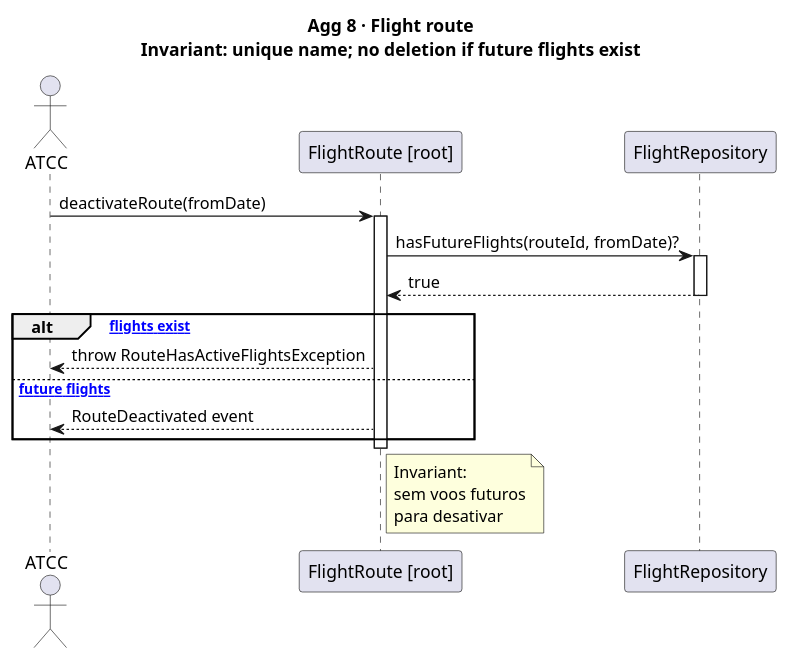
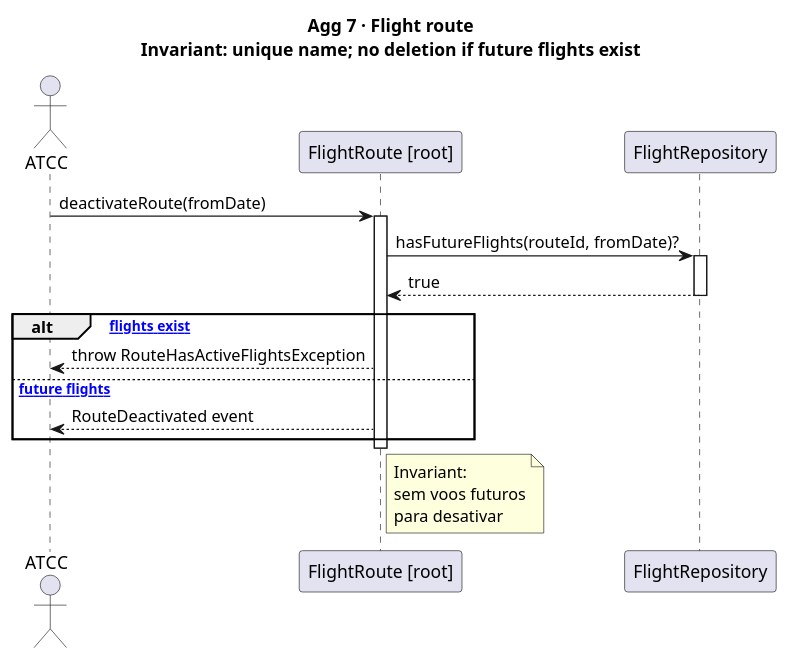
One commit to DuartePinto1240/sem4pi2526-sem4pi2526_2da2 changed the diagram in docs/Agg07.puml. Above: the diagram before and after it, drawn with PlantUML. The commit also changed 6 other files, not shown here.

```diff
--- a/docs/Agg07.puml
+++ b/docs/Agg07.puml
@@ -1,30 +1,30 @@
-@startuml US011_Agg08_FlightRoute
-title Agg 8 · Flight route\nInvariant: unique name; no deletion if future flights exist
+@startuml US011_Agg07_FlightRoute
+title Agg 7 · Flight route\nInvariant: unique name; no deletion if future flights exist
 
 actor ATCC
 participant "FlightRoute [root]" as Route
 participant "FlightRepository" as Repo
 
 ATCC -> Route : deactivateRoute(fromDate)
 activate Route
 
 Route -> Repo : hasFutureFlights(routeId, fromDate)?
 activate Repo
 Repo --> Route : true
 deactivate Repo
 
 alt [future flights exist]
     Route --> ATCC : throw RouteHasActiveFlightsException
 else [no future flights]
     Route --> ATCC : RouteDeactivated event
 end
 
 deactivate Route
 
 note right of Route
   Invariant:
   sem voos futuros
   para desativar
 end note
 
 @enduml
```
